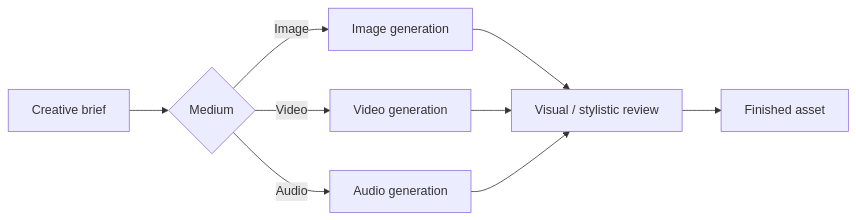
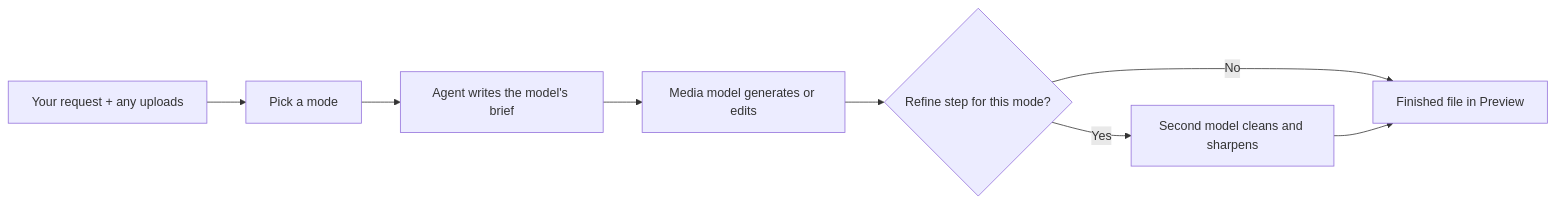
One commit to Beunec/beunec-site-staging changed the first of 2 diagrams in Beunec Docs/rivine agentic engines/rivine_creative.md. Above: the diagram before and after it, drawn with Mermaid. The commit also changed other lines of this file and 254 other files, not shown here.

````diff
--- a/Beunec Docs/rivine agentic engines/rivine_creative.md
+++ b/Beunec Docs/rivine agentic engines/rivine_creative.md
@@ -9,11 +7,10 @@
 ```mermaid
 flowchart LR
-    A[Creative brief] --> B{Medium}
-    B -->|Image| C[Image generation]
-    B -->|Video| D[Video generation]
-    B -->|Audio| E[Audio generation]
-    C --> F[Visual / stylistic review]
-    D --> F
-    E --> F
-    F --> G[Finished asset]
+    A[Your request + any uploads] --> B[Pick a mode]
+    B --> C[Agent writes the model's brief]
+    C --> D[Media model generates or edits]
+    D --> E{Refine step for this mode?}
+    E -->|Yes| F[Second model cleans and sharpens]
+    E -->|No| G[Finished file in Preview]
+    F --> G
 ```
````
